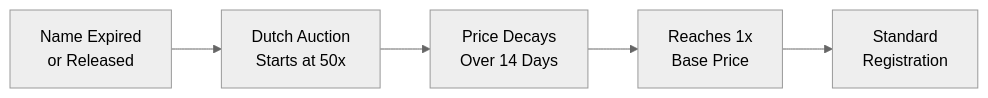
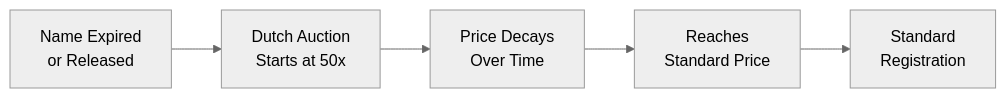
The diagram in content/learn/arns/returned-names.mdx (ar-io/docs), drawn with Mermaid (neutral theme) before and after one commit. The commit also changed other lines of this file and 5 other files, not shown here.

````diff
--- a/content/learn/arns/returned-names.mdx
+++ b/content/learn/arns/returned-names.mdx
@@ -19,7 +18,7 @@
 ```mermaid
 graph LR
     A[Name Expired<br/>or Released] --> B[Dutch Auction<br/>Starts at 50x]
-    B --> C[Price Decays<br/>Over 14 Days]
-    C --> D[Reaches 1x<br/>Base Price]
+    B --> C[Price Decays<br/>Over Time]
+    C --> D[Reaches<br/>Standard Price]
     D --> E[Standard<br/>Registration]
 ```
````
